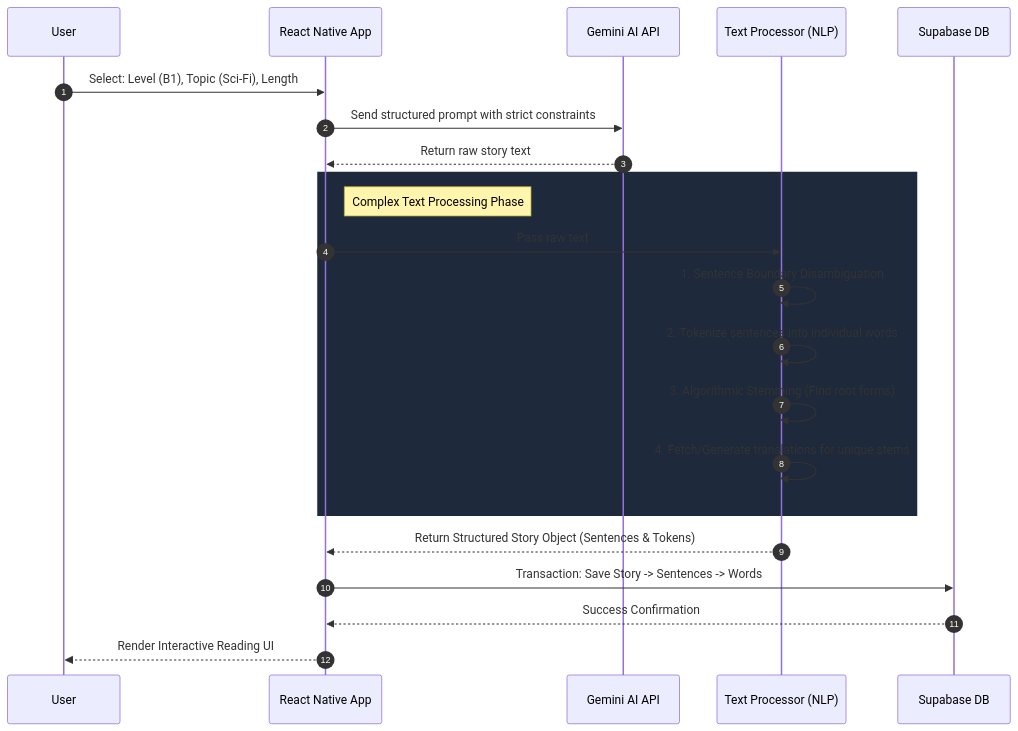
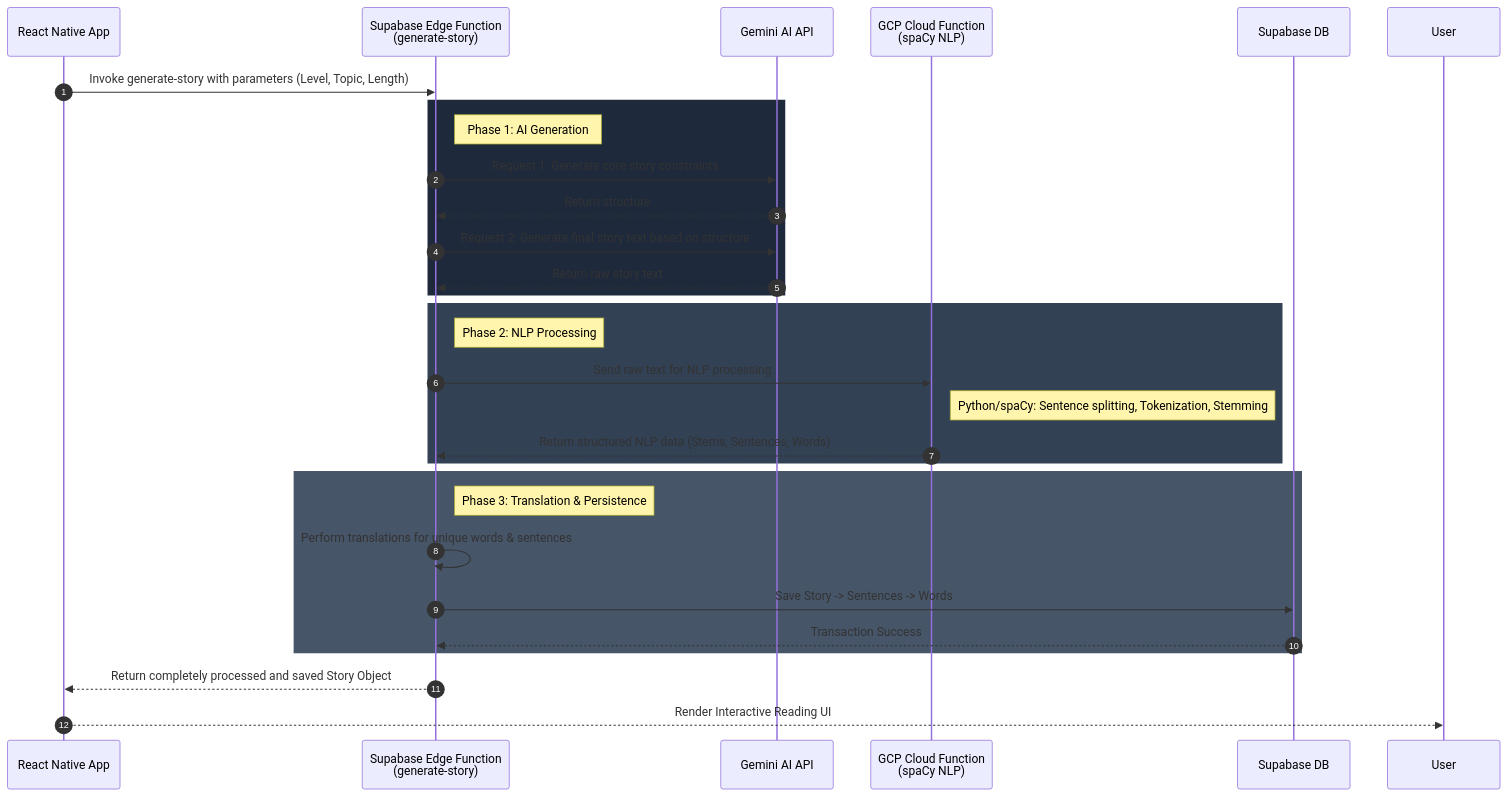
Before and after one commit to omerfaruk-dikmen/readyours-showcase: the diagram in README.md, drawn with Mermaid. The commit also changed other lines of this file, not shown here.

Commit message:
the mermaid is updated

````diff
--- a/README.md
+++ b/README.md
@@ -49,27 +49,36 @@
 ```mermaid
 sequenceDiagram
     autonumber
-    participant User
     participant Client as React Native App
+    participant Edge as Supabase Edge Function<br>(generate-story)
     participant AI as Gemini AI API
-    participant NLP as Text Processor (NLP)
+    participant GCP as GCP Cloud Function<br>(spaCy NLP)
     participant DB as Supabase DB
 
-    User->>Client: Select: Level (B1), Topic (Sci-Fi), Length
-    Client->>AI: Send structured prompt with strict constraints
-    AI-->>Client: Return raw story text
+    Client->>Edge: Invoke generate-story with parameters (Level, Topic, Length)
     
     rect rgb(30, 41, 59)
-    note right of Client: Complex Text Processing Phase
-    Client->>NLP: Pass raw text
-    NLP->>NLP: 1. Sentence Boundary Disambiguation
-    NLP->>NLP: 2. Tokenize sentences into individual words
-    NLP->>NLP: 3. Algorithmic Stemming (Find root forms)
-    NLP->>NLP: 4. Fetch/Generate translations for unique stems
+    note right of Edge: Phase 1: AI Generation
+    Edge->>AI: Request 1: Generate core story constraints
+    AI-->>Edge: Return structure
+    Edge->>AI: Request 2: Generate final story text based on structure
+    AI-->>Edge: Return raw story text
     end
     
-    NLP-->>Client: Return Structured Story Object (Sentences & Tokens)
-    Client->>DB: Transaction: Save Story -> Sentences -> Words
-    DB-->>Client: Success Confirmation
+    rect rgb(51, 65, 85)
+    note right of Edge: Phase 2: NLP Processing
+    Edge->>GCP: Send raw text for NLP processing
+    Note right of GCP: Python/spaCy: Sentence splitting, Tokenization, Stemming
+    GCP-->>Edge: Return structured NLP data (Stems, Sentences, Words)
+    end
+    
+    rect rgb(71, 85, 105)
+    note right of Edge: Phase 3: Translation & Persistence
+    Edge->>Edge: Perform translations for unique words & sentences
+    Edge->>DB: Save Story -> Sentences -> Words
+    DB-->>Edge: Transaction Success
+    end
+    
+    Edge-->>Client: Return completely processed and saved Story Object
     Client-->>User: Render Interactive Reading UI
 ```
````
